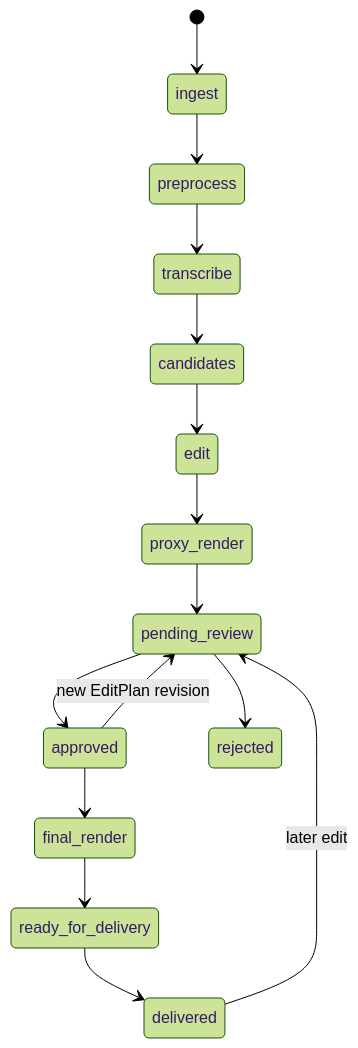
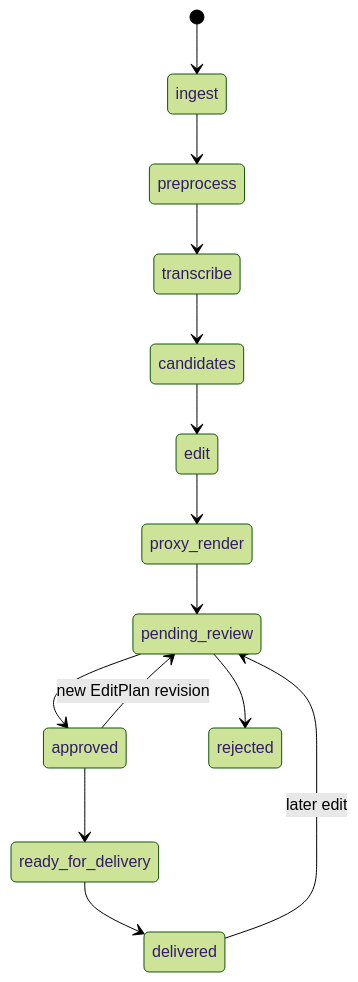
One commit to junhuaus/autoclip changed the fifth of 14 diagrams in docs/architecture.md. Above: the diagram before and after it, drawn with Mermaid (forest theme). The commit also changed other lines of this file and 31 other files, not shown here.

Commit message:
feat: render delivery masters before review

````diff
--- a/docs/architecture.md
+++ b/docs/architecture.md
@@ -93,17 +92,16 @@
 ```mermaid
 stateDiagram-v2
   [*] --> ingest
   ingest --> preprocess
   preprocess --> transcribe
   transcribe --> candidates
   candidates --> edit
   edit --> proxy_render
   proxy_render --> pending_review
   pending_review --> approved
   pending_review --> rejected
-  approved --> final_render
-  final_render --> ready_for_delivery
+  approved --> ready_for_delivery
   ready_for_delivery --> delivered
   approved --> pending_review: new EditPlan revision
   delivered --> pending_review: later edit
 ```
````
